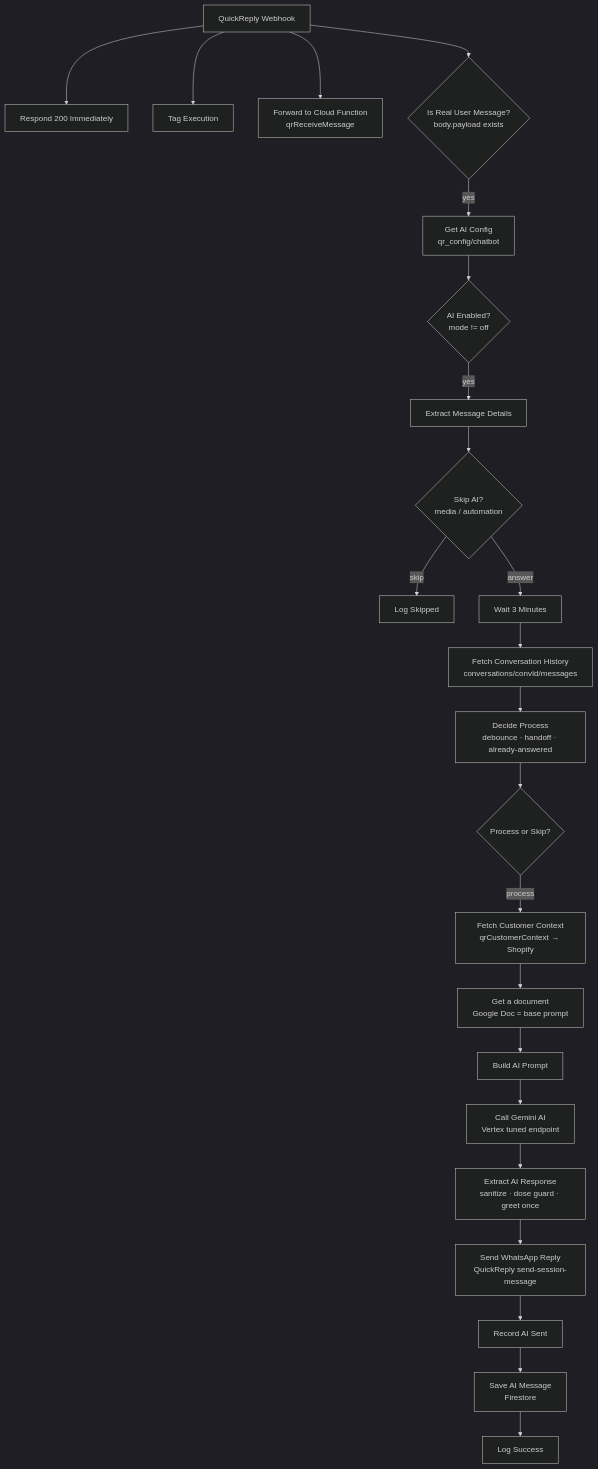
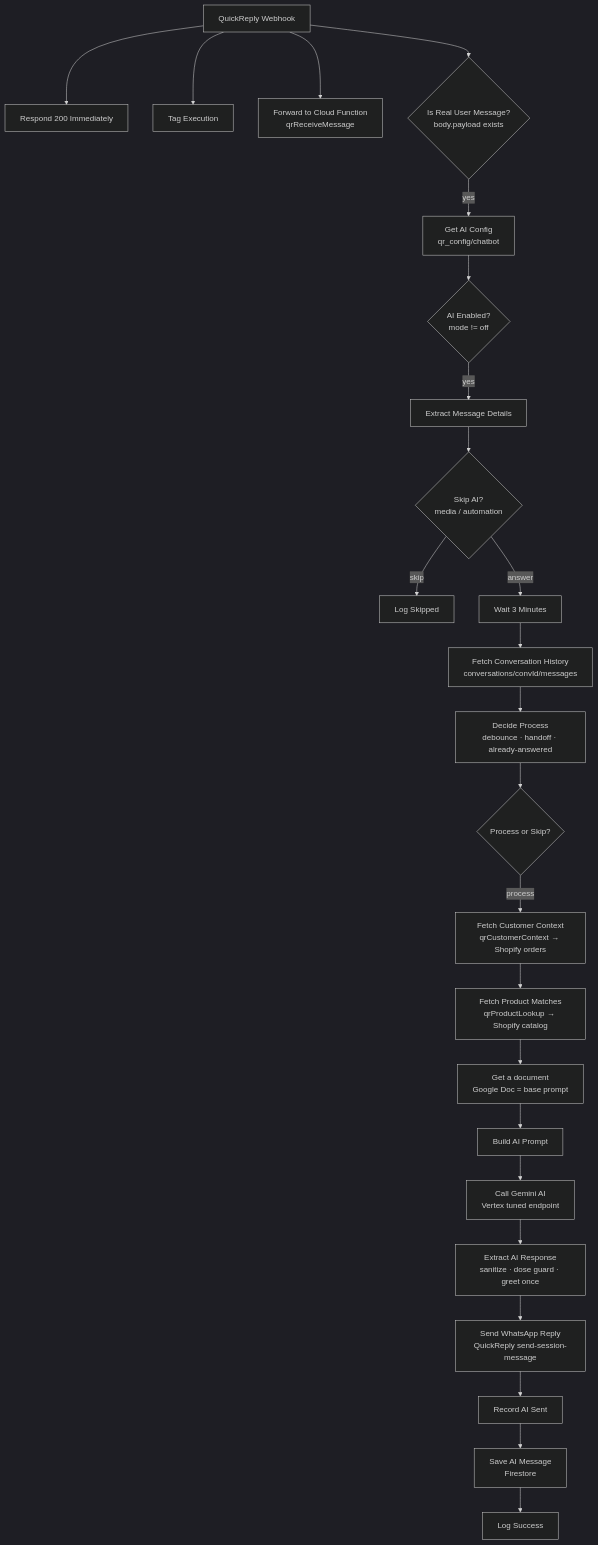
Before and after one commit to shivangrastogi-sehatup/sehatup-files: the diagram in n8n/workflows/README.md, drawn with Mermaid (dark theme). The commit also changed other lines of this file and 6 other files, not shown here.

Commit message:
chatbot: product descriptions, consultation slot guard, Google Doc integrity check

````diff
--- a/n8n/workflows/README.md
+++ b/n8n/workflows/README.md
@@ -171,25 +182,26 @@
 ```mermaid
 flowchart TD
     WH[QuickReply Webhook] --> R200[Respond 200 Immediately]
     WH --> TAG[Tag Execution]
     WH --> CF[Forward to Cloud Function<br/>qrReceiveMessage]
     WH --> REAL{Is Real User Message?<br/>body.payload exists}
     REAL -->|yes| CFG[Get AI Config<br/>qr_config/chatbot]
     CFG --> ON{AI Enabled?<br/>mode != off}
     ON -->|yes| EX[Extract Message Details]
     EX --> SKIP{Skip AI?<br/>media / automation}
     SKIP -->|skip| LOGS[Log Skipped]
     SKIP -->|answer| W[Wait 3 Minutes]
     W --> FETCH[Fetch Conversation History<br/>conversations/convId/messages]
     FETCH --> DEC[Decide Process<br/>debounce · handoff · already-answered]
     DEC --> PS{Process or Skip?}
-    PS -->|process| CTX[Fetch Customer Context<br/>qrCustomerContext → Shopify]
-    CTX --> DOC[Get a document<br/>Google Doc = base prompt]
+    PS -->|process| CTX[Fetch Customer Context<br/>qrCustomerContext → Shopify orders]
+    CTX --> PRD[Fetch Product Matches<br/>qrProductLookup → Shopify catalog]
+    PRD --> DOC[Get a document<br/>Google Doc = base prompt]
     DOC --> BUILD[Build AI Prompt]
     BUILD --> GEM[Call Gemini AI<br/>Vertex tuned endpoint]
     GEM --> XTR[Extract AI Response<br/>sanitize · dose guard · greet once]
     XTR --> SEND[Send WhatsApp Reply<br/>QuickReply send-session-message]
     SEND --> REC[Record AI Sent]
     REC --> SAVE[Save AI Message<br/>Firestore]
     SAVE --> OK[Log Success]
 ```
````
